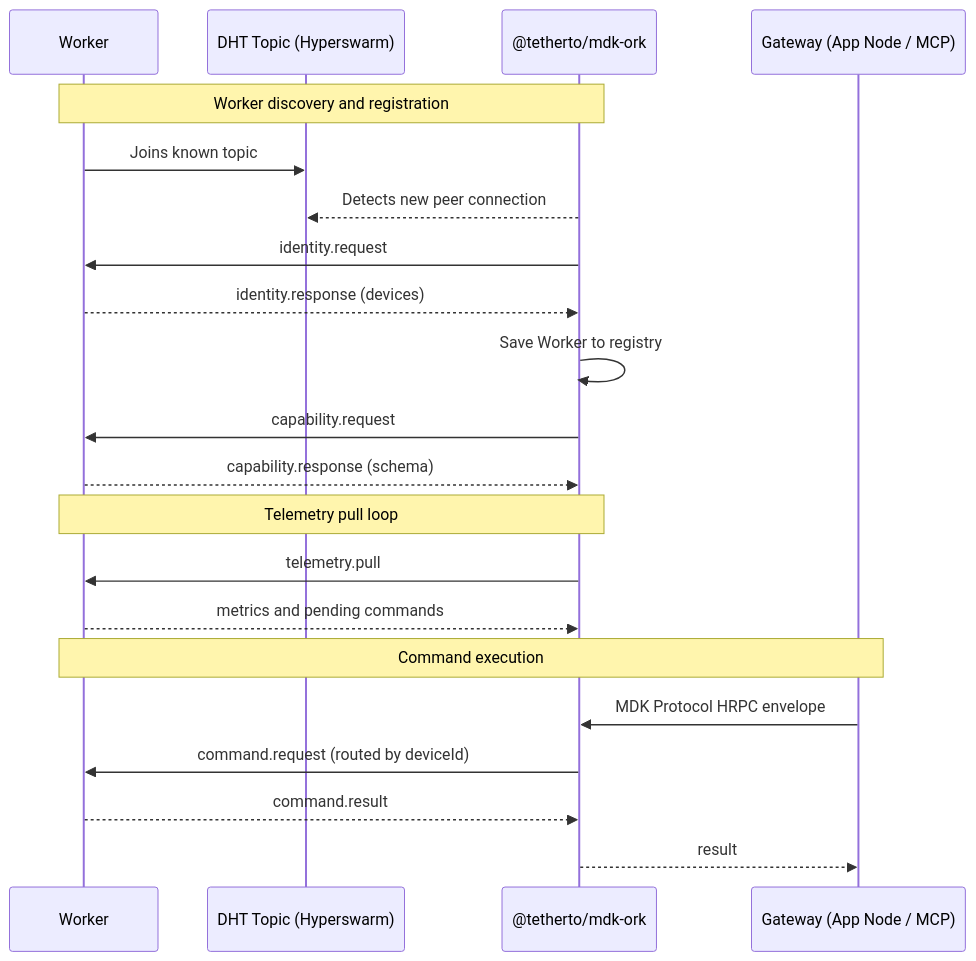
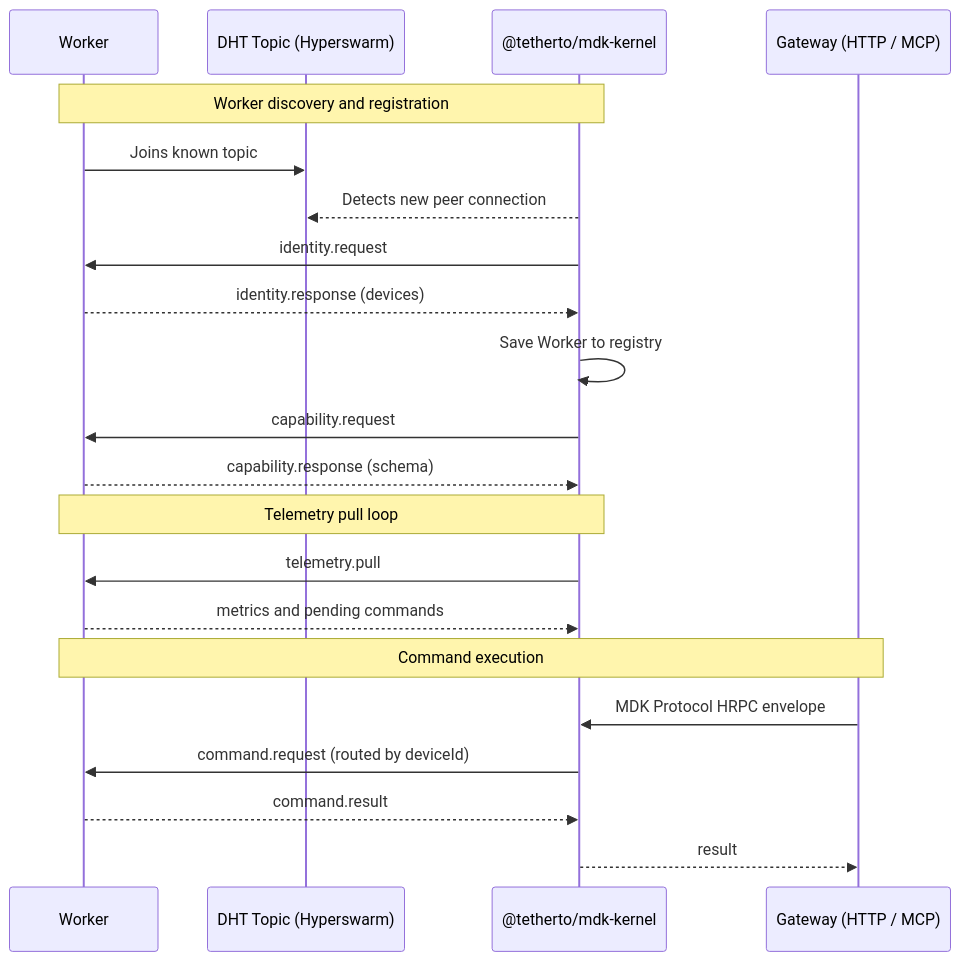
The second of 6 diagrams in docs/concepts/architecture.md (tetherto/mdk), drawn with Mermaid before and after one commit. The commit also changed other lines of this file and 4406 other files, not shown here.

````diff
--- a/docs/concepts/architecture.md
+++ b/docs/concepts/architecture.md
@@ -110,26 +110,26 @@
 ```mermaid
 sequenceDiagram
     participant W as Worker
     participant DHT as DHT Topic (Hyperswarm)
-    participant O as @tetherto/mdk-ork
-    participant G as Gateway (App Node / MCP)
+    participant O as @tetherto/mdk-kernel
+    participant G as Gateway (HTTP / MCP)
 
     Note over W,O: Worker discovery and registration
     W->>DHT: Joins known topic
     O-->>DHT: Detects new peer connection
     O->>W: identity.request
     W-->>O: identity.response (devices)
     O->>O: Save Worker to registry
     O->>W: capability.request
     W-->>O: capability.response (schema)
 
     Note over O,W: Telemetry pull loop
     O->>W: telemetry.pull
     W-->>O: metrics and pending commands
 
     Note over G,W: Command execution
     G->>O: MDK Protocol HRPC envelope
     O->>W: command.request (routed by deviceId)
     W-->>O: command.result
     O-->>G: result
 ```
````
